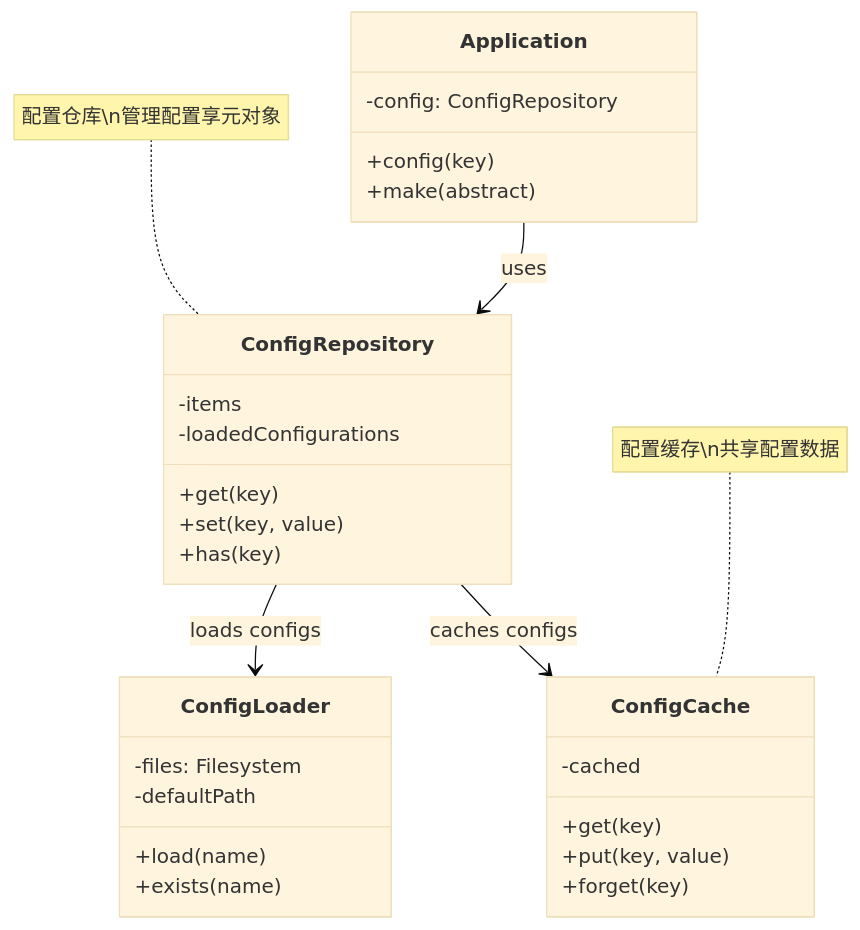
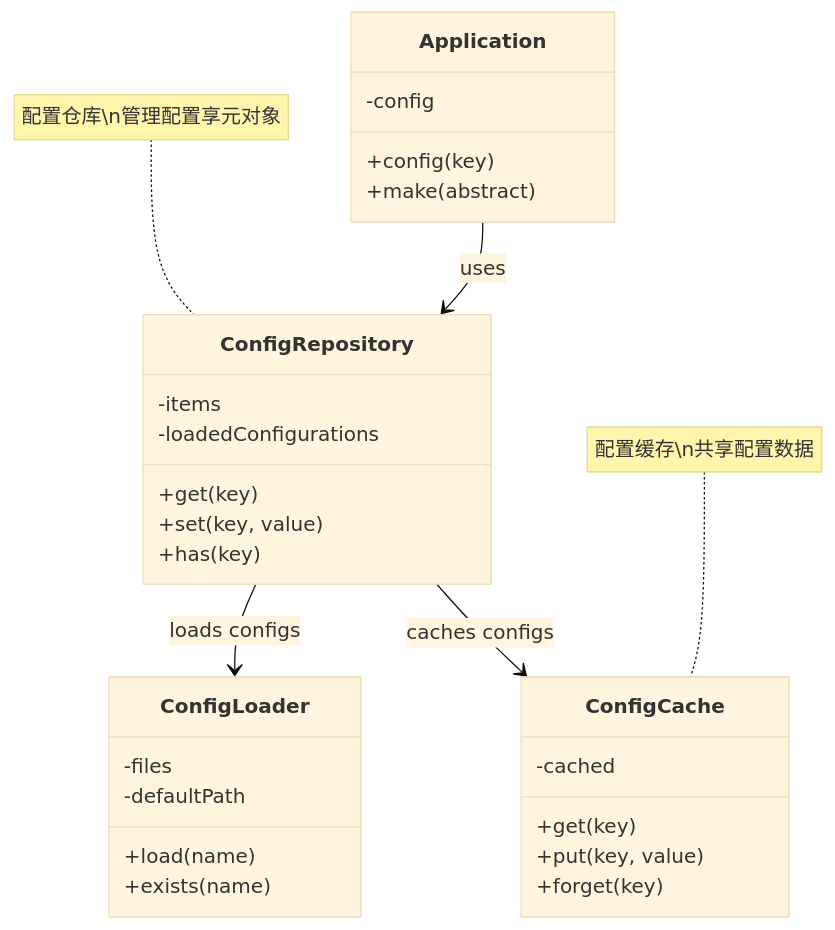
The second of 4 diagrams in resources/design-patterns/laravel/structural/flyweight_zh.md (fanly/DesignPattern), drawn with Mermaid (base theme) before and after one commit. The commit also changed other lines of this file and 17 other files, not shown here.

````diff
--- a/resources/design-patterns/laravel/structural/flyweight_zh.md
+++ b/resources/design-patterns/laravel/structural/flyweight_zh.md
@@ -49,37 +39,37 @@
 ```mermaid
 classDiagram
     class ConfigRepository {
         -items
         -loadedConfigurations
         +get(key)
         +set(key, value)
         +has(key)
     }
     
     class ConfigLoader {
-        -files: Filesystem
+        -files
         -defaultPath
         +load(name)
         +exists(name)
     }
     
     class ConfigCache {
         -cached
         +get(key)
         +put(key, value)
         +forget(key)
     }
     
     class Application {
-        -config: ConfigRepository
+        -config
         +config(key)
         +make(abstract)
     }
     
     ConfigRepository --> ConfigLoader : loads configs
     ConfigRepository --> ConfigCache : caches configs
     Application --> ConfigRepository : uses
     
     note for ConfigRepository "配置仓库\n管理配置享元对象"
     note for ConfigCache "配置缓存\n共享配置数据"
 ```
````
